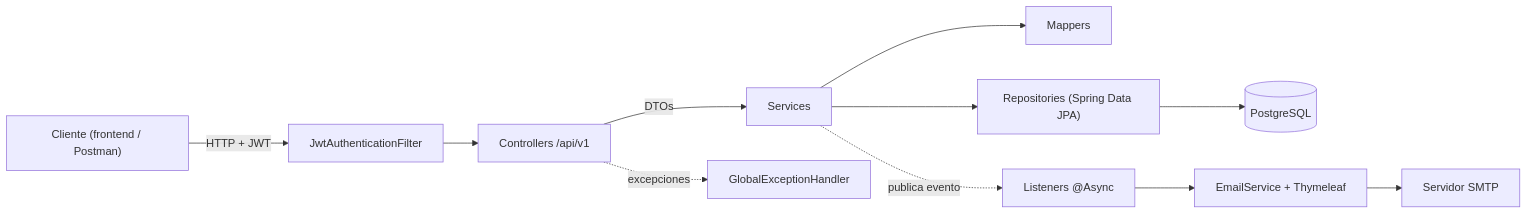
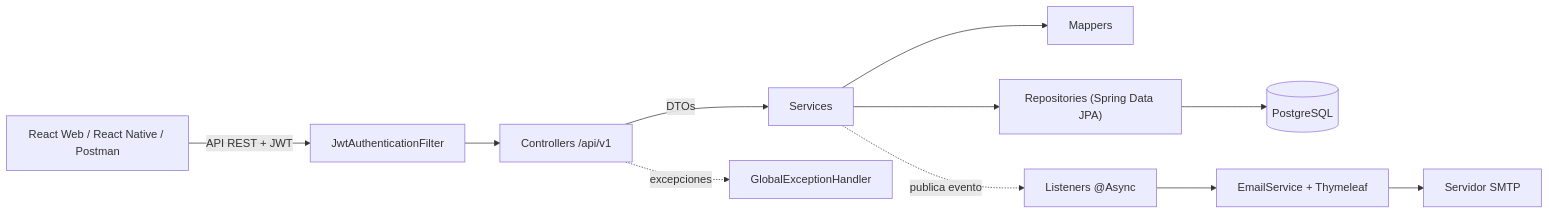
One commit to JohanY2442/Proyecto_TurnoYa_oficial changed the first of 2 diagrams in README.md. Above: the diagram before and after it, drawn with Mermaid. The commit also changed other lines of this file, not shown here.

````diff
--- a/README.md
+++ b/README.md
@@ -113,13 +131,13 @@
 ```mermaid
 flowchart LR
-    Cliente["Cliente (frontend / Postman)"] -->|"HTTP + JWT"| Filtro["JwtAuthenticationFilter"]
+    Cliente["React Web / React Native / Postman"] -->|"API REST + JWT"| Filtro["JwtAuthenticationFilter"]
     Filtro --> Controller["Controllers /api/v1"]
     Controller -->|"DTOs"| Service["Services"]
     Service --> Mapper["Mappers"]
     Service --> Repo["Repositories (Spring Data JPA)"]
     Repo --> DB[("PostgreSQL")]
     Service -. "publica evento" .-> Listener["Listeners @Async"]
     Listener --> Email["EmailService + Thymeleaf"]
     Email --> SMTP["Servidor SMTP"]
     Controller -. "excepciones" .-> Handler["GlobalExceptionHandler"]
 ```
````
